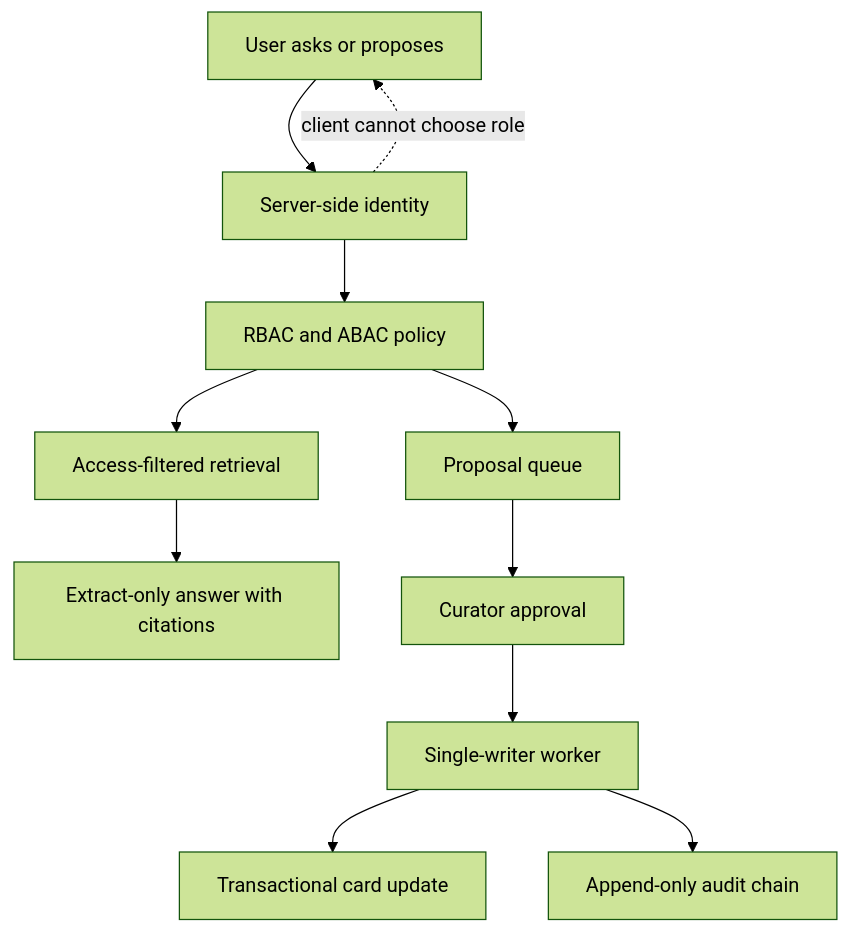
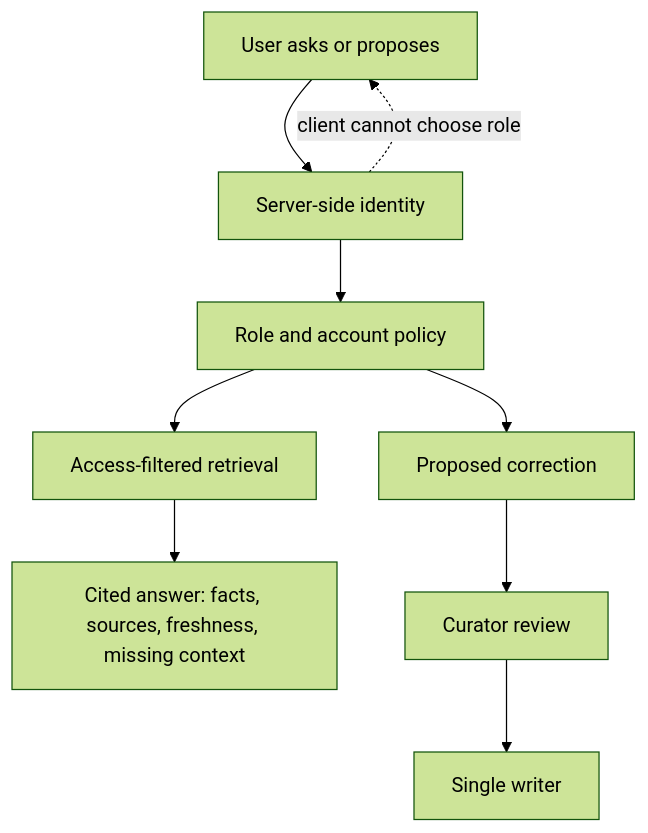
The diagram in diagrams/saleswiki-trust-boundary.mmd (artemrudenko/SalesWiki-public), drawn with Mermaid (forest theme) before and after one commit. The commit also changed 108 other files, not shown here.

```diff
--- a/diagrams/saleswiki-trust-boundary.mmd
+++ b/diagrams/saleswiki-trust-boundary.mmd
@@ -1,11 +1,9 @@
-graph TD
+flowchart TD
     A[User asks or proposes] --> B[Server-side identity]
-    B --> C[RBAC and ABAC policy]
+    B --> C[Role and account policy]
     C --> D[Access-filtered retrieval]
-    D --> E[Extract-only answer with citations]
-    C --> F[Proposal queue]
-    F --> G[Curator approval]
-    G --> H[Single-writer worker]
-    H --> I[Transactional card update]
-    H --> J[Append-only audit chain]
+    D --> E[Cited answer: facts, sources, freshness, missing context]
+    C --> F[Proposed correction]
+    F --> G[Curator review]
+    G --> H[Single writer]
     B -. client cannot choose role .-> A
```
